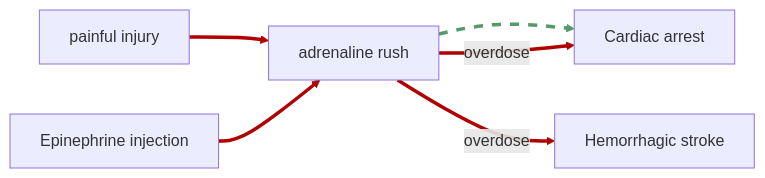
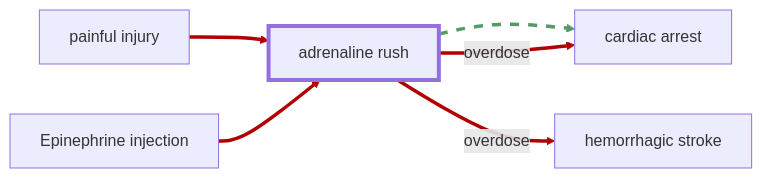
The sixth of 28 diagrams in README.md (frederik-hoeft/rimworld-more-injuries), drawn with Mermaid before and after one commit. The commit also changed other lines of this file and 14 other files, not shown here.

````diff
--- a/README.md
+++ b/README.md
@@ -301,16 +304,17 @@
 ```mermaid
 ---
 config:
   flowchart:
     htmlLabels: true
 ---
 flowchart LR
   painful_injury[painful injury] ==> adrenaline_rush[adrenaline rush]
   epinephrine_injection[Epinephrine injection] ==> adrenaline_rush
-  adrenaline_rush ==> cardiac_arrest[Cardiac arrest]
-  adrenaline_rush ==> |overdose| cardiac_arrest[Cardiac arrest]
-  adrenaline_rush ==> |overdose| hemorrhagic_stroke[Hemorrhagic stroke]
+  adrenaline_rush ==> cardiac_arrest[cardiac arrest]
+  adrenaline_rush ==> |overdose| cardiac_arrest
+  adrenaline_rush ==> |overdose| hemorrhagic_stroke[hemorrhagic stroke]
 
   linkStyle 2 stroke: #549b68, stroke-dasharray: 9,5
   linkStyle 0,1,3,4 stroke: #b10000
+  style adrenaline_rush stroke-width: 4px
 ```
````
